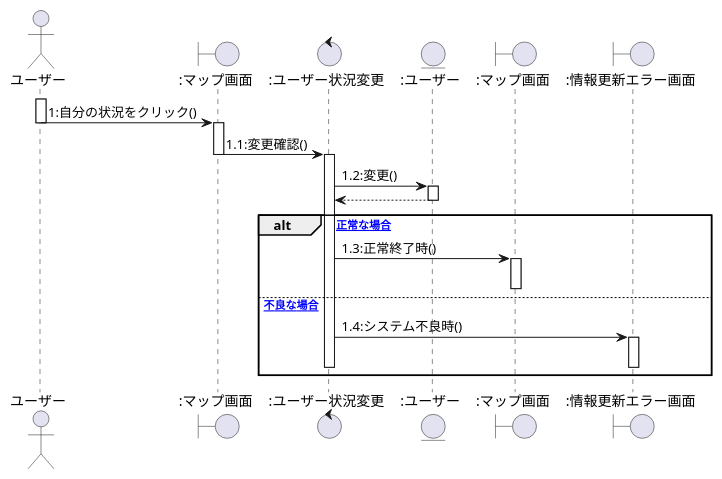
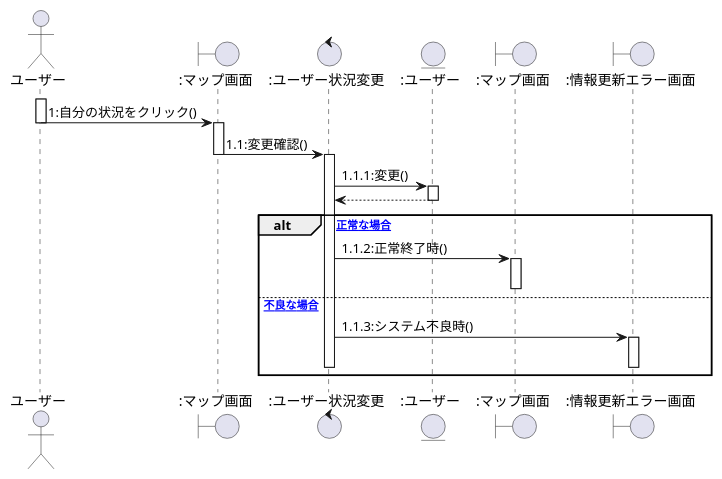
One commit to ksw2270227/GroupF changed the fourth of 8 diagrams in user2_sequence.plantuml. Above: the diagram before and after it, drawn with PlantUML. The commit also changed other lines of this file, not shown here.

```diff
--- a/user2_sequence.plantuml
+++ b/user2_sequence.plantuml
@@ -98,32 +98,32 @@
 @startuml 状況変更シーケンス図
 actor ユーザー as 0
 boundary ":マップ画面" as a
 control ":ユーザー状況変更" as b
 entity ":ユーザー" as c
 boundary ":マップ画面" as d
 boundary ":情報更新エラー画面" as e
 
 activate 0
     0 -> a:1:自分の状況をクリック()
     deactivate 0
     activate a
     a -> b:1.1:変更確認()
     deactivate a
     activate b
-    b -> c:1.2:変更()
+    b -> c:1.1.1:変更()
     activate c
     c --> b
     deactivate c 
     alt [正常な場合]
     
-    b -> d:1.3:正常終了時()
+    b -> d:1.1.2:正常終了時()
     activate d
     deactivate d
     
     else [不良な場合]
-    b -> e:1.4:システム不良時()
+    b -> e:1.1.3:システム不良時()
     activate e
     deactivate e
     deactivate b
     end
 @enduml
```
